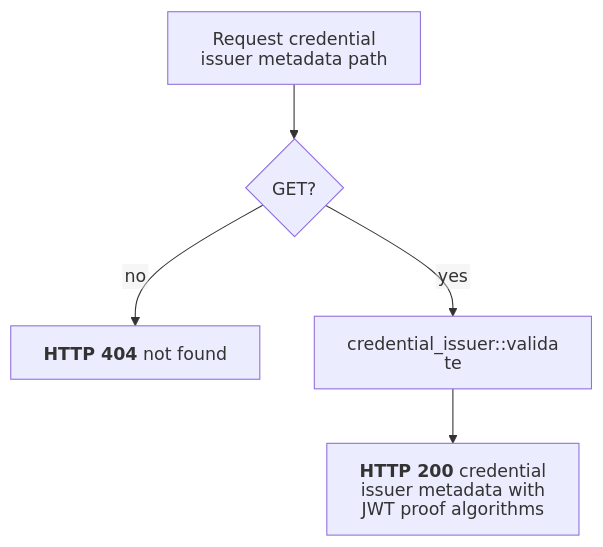
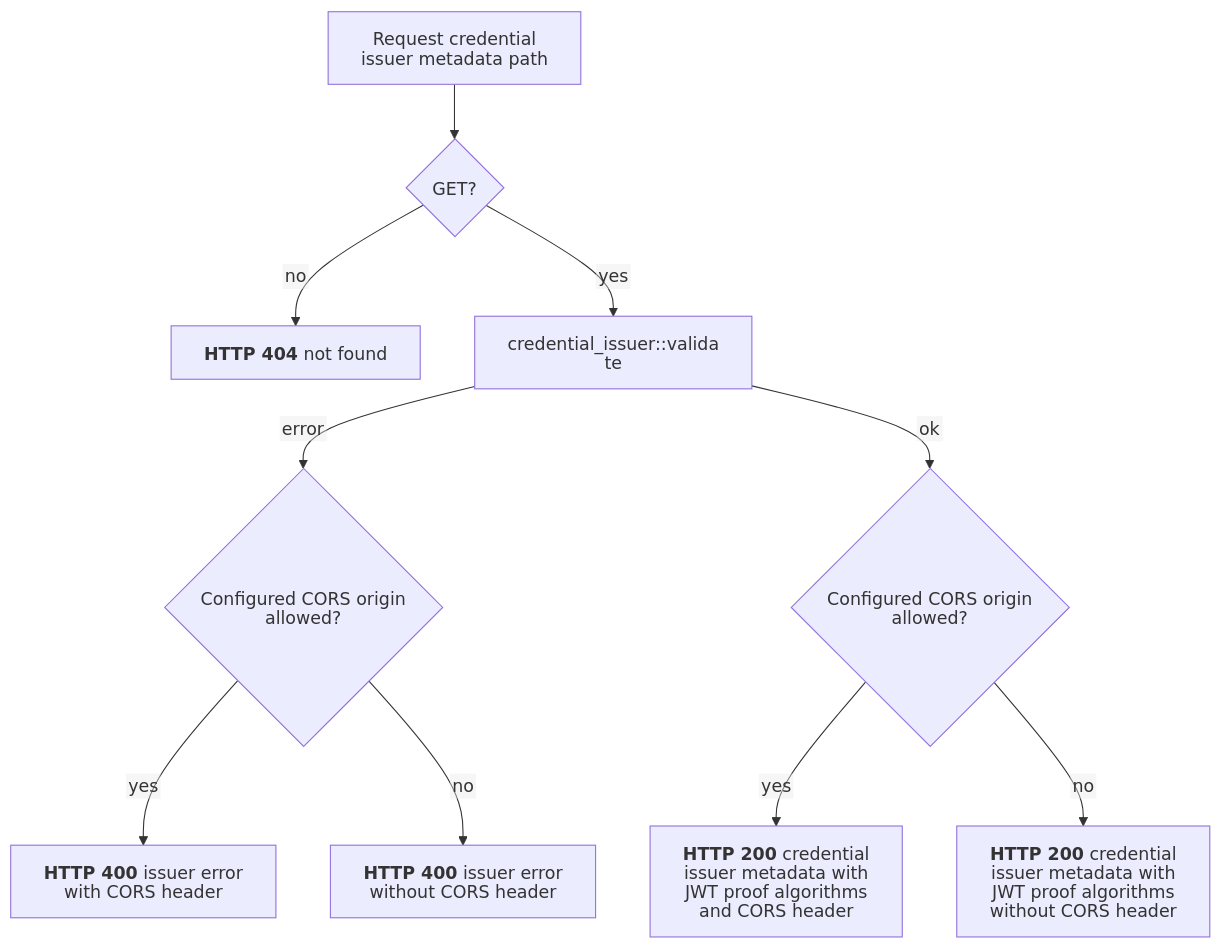
One commit to malach-it/kagome changed the diagram in docs/flows/openid4vci/credential_issuer_metadata_endpoint.mmd. Above: the diagram before and after it, drawn with Mermaid. The commit also changed 25 other files, not shown here.

```diff
--- a/docs/flows/openid4vci/credential_issuer_metadata_endpoint.mmd
+++ b/docs/flows/openid4vci/credential_issuer_metadata_endpoint.mmd
@@ -1,6 +1,11 @@
 %%{init: {"htmlLabels": false, "flowchart": {"htmlLabels": false}}}%%
 flowchart TD
     start[Request credential issuer metadata path] --> method{GET?}
     method -- no --> not_found["`**HTTP 404** not found`"]
     method -- yes --> issuer["credential_issuer::validate"]
-    issuer --> success["`**HTTP 200** credential issuer metadata with JWT proof algorithms`"]
+    issuer -- error --> error_origin{Configured CORS origin allowed?}
+    issuer -- ok --> success_origin{Configured CORS origin allowed?}
+    error_origin -- yes --> cors_error["`**HTTP 400** issuer error with CORS header`"]
+    error_origin -- no --> error["`**HTTP 400** issuer error without CORS header`"]
+    success_origin -- yes --> cors_success["`**HTTP 200** credential issuer metadata with JWT proof algorithms and CORS header`"]
+    success_origin -- no --> success["`**HTTP 200** credential issuer metadata with JWT proof algorithms without CORS header`"]
```
